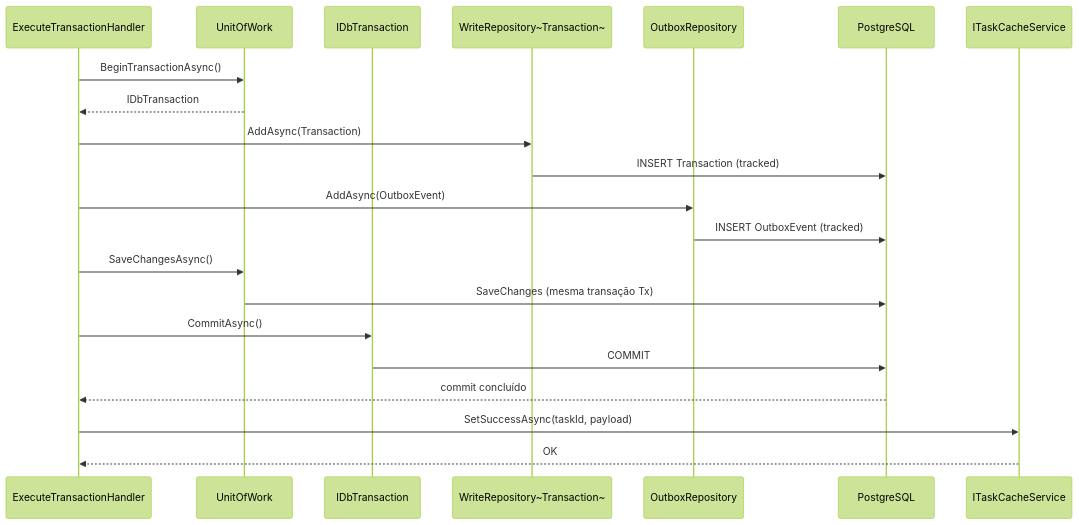
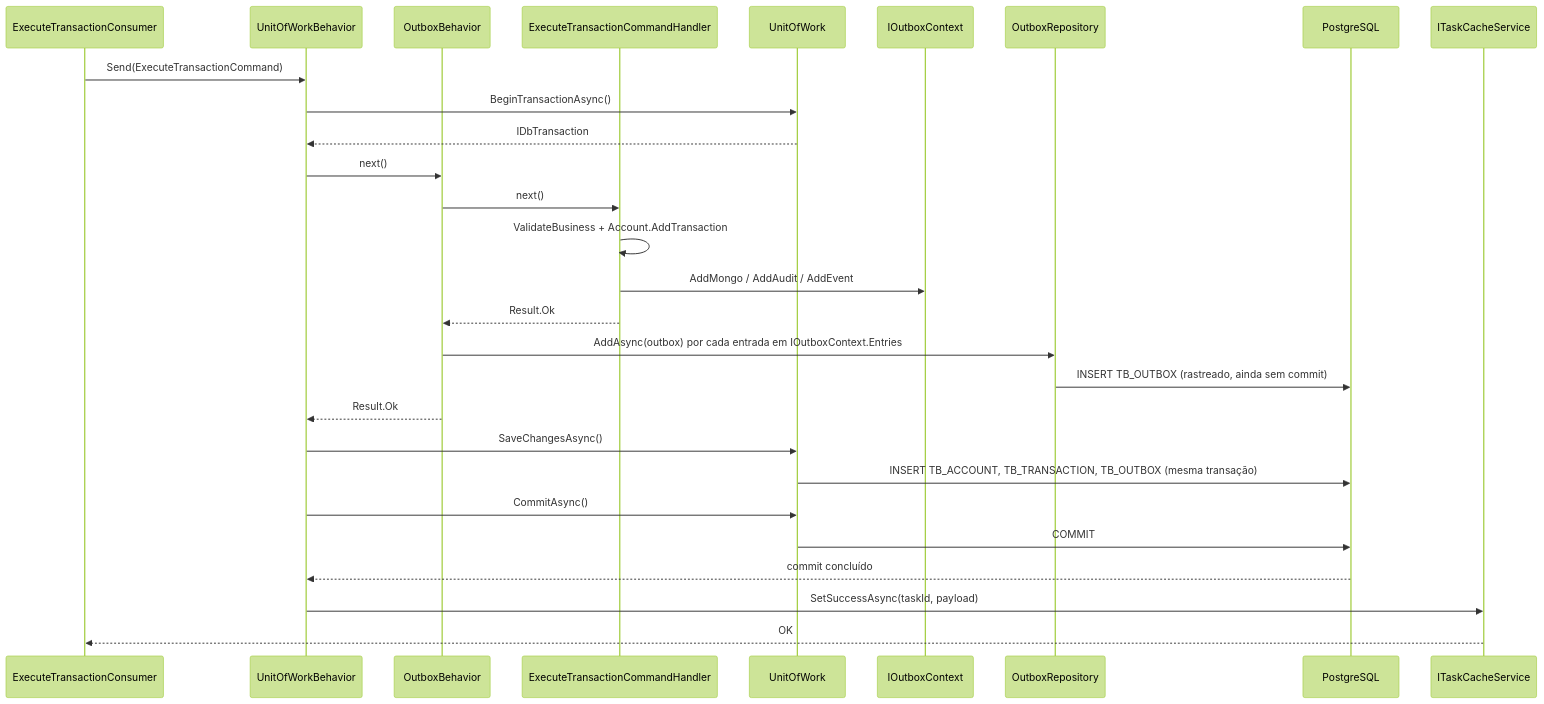
Before and after one commit to filipececcon/arch-challenge: the third of 4 diagrams in docs/architecture/cashflow/layer-04-relational.md, drawn with Mermaid (forest theme). The commit also changed other lines of this file and 38 other files, not shown here.

First line of the commit message:
Refactor Cashflow architecture docs for account aggregate and unified outbox

````diff
--- a/docs/architecture/cashflow/layer-04-relational.md
+++ b/docs/architecture/cashflow/layer-04-relational.md
@@ -171,29 +200,35 @@
 ```mermaid
 sequenceDiagram
-    participant Handler as ExecuteTransactionHandler
+    participant Consumer as ExecuteTransactionConsumer
+    participant UoWBh as UnitOfWorkBehavior
+    participant OutBh as OutboxBehavior
+    participant Handler as ExecuteTransactionCommandHandler
     participant UoW as UnitOfWork
-    participant Tx as IDbTransaction
-    participant WR as WriteRepository~Transaction~
+    participant OCtx as IOutboxContext
     participant OR as OutboxRepository
     participant PG as PostgreSQL
-    participant taskCache as ITaskCacheService
+    participant Cache as ITaskCacheService
 
-    Handler->>UoW: BeginTransactionAsync()
-    UoW-->>Handler: IDbTransaction
+    Consumer->>UoWBh: Send(ExecuteTransactionCommand)
+    UoWBh->>UoW: BeginTransactionAsync()
+    UoW-->>UoWBh: IDbTransaction
 
-    Handler->>WR: AddAsync(Transaction)
-    WR->>PG: INSERT Transaction (tracked)
+    UoWBh->>OutBh: next()
+    OutBh->>Handler: next()
+    Handler->>Handler: ValidateBusiness + Account.AddTransaction
+    Handler->>OCtx: AddMongo / AddAudit / AddEvent
+    Handler-->>OutBh: Result.Ok
 
-    Handler->>OR: AddAsync(OutboxEvent)
-    OR->>PG: INSERT OutboxEvent (tracked)
+    OutBh->>OR: AddAsync(outbox) por cada entrada em IOutboxContext.Entries
+    OR->>PG: INSERT TB_OUTBOX (rastreado, ainda sem commit)
+    OutBh-->>UoWBh: Result.Ok
 
-    Handler->>UoW: SaveChangesAsync()
-    UoW->>PG: SaveChanges (mesma transação Tx)
+    UoWBh->>UoW: SaveChangesAsync()
+    UoW->>PG: INSERT TB_ACCOUNT, TB_TRANSACTION, TB_OUTBOX (mesma transação)
+    UoWBh->>UoW: CommitAsync()
+    UoW->>PG: COMMIT
+    PG-->>UoWBh: commit concluído
 
-    Handler->>Tx: CommitAsync()
-    Tx->>PG: COMMIT
-    PG-->>Handler: commit concluído
-
-    Handler->>taskCache: SetSuccessAsync(taskId, payload)
-    taskCache-->>Handler: OK
+    UoWBh->>Cache: SetSuccessAsync(taskId, payload)
+    Cache-->>Consumer: OK
 ```
````
